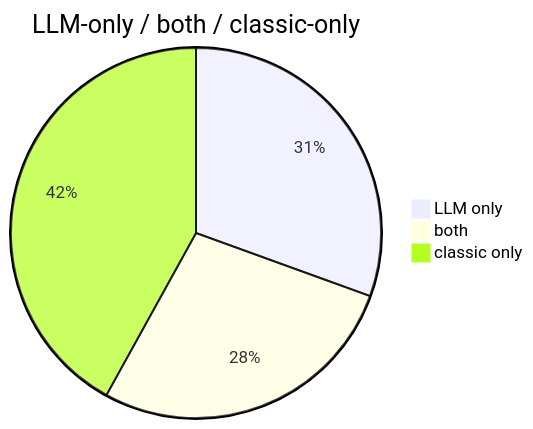
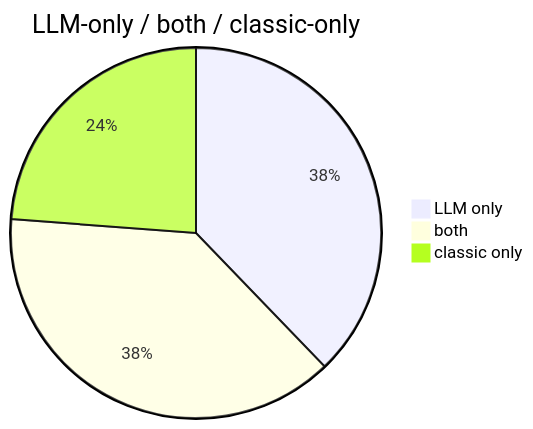
Before and after one commit to MISP/ai-connector: the second of 5 diagrams in docs/BENCHMARKS_extraction.md, drawn with Mermaid. The commit also changed other lines of this file and 5 other files, not shown here.

````diff
--- a/docs/BENCHMARKS_extraction.md
+++ b/docs/BENCHMARKS_extraction.md
@@ -59,6 +59,6 @@
 ```mermaid
 pie title LLM-only / both / classic-only
-  "LLM only" : 644
-  "both" : 580
-  "classic only" : 885
+  "LLM only" : 743
+  "both" : 755
+  "classic only" : 468
 ```
````
